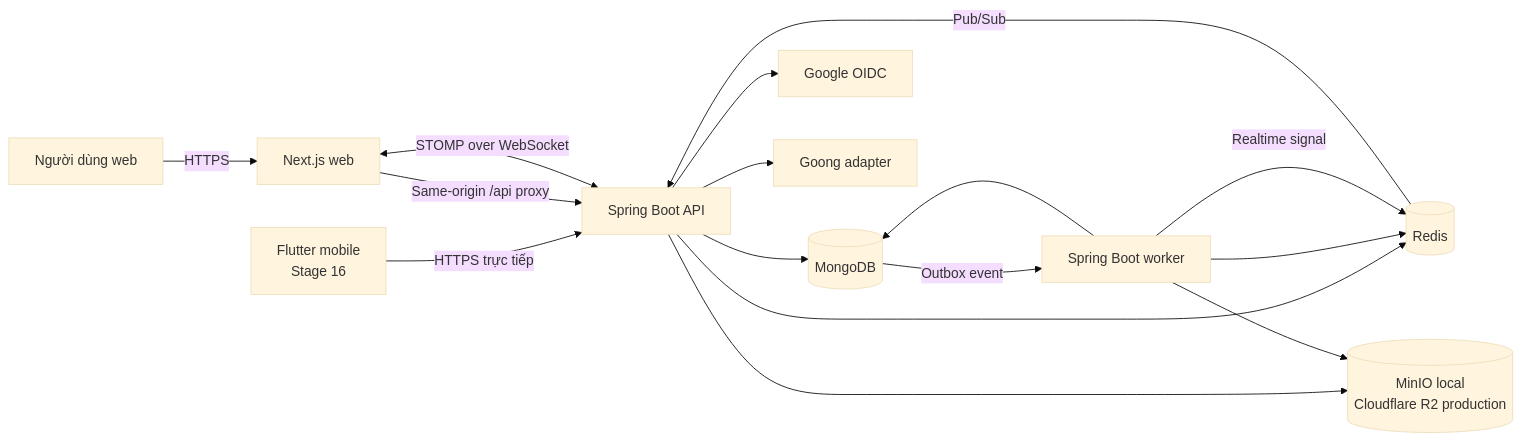
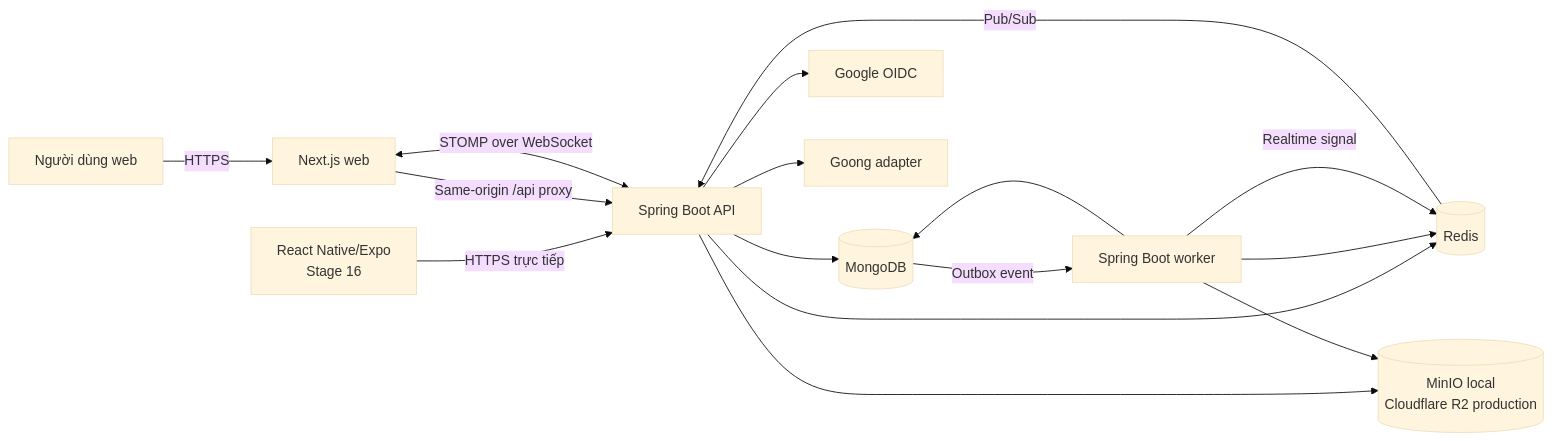
Before and after one commit to hlqkhanh/Dike-v2: the first of 8 diagrams in docs/architecture/system-architecture-overview.md, drawn with Mermaid (base theme). The commit also changed other lines of this file and 45 other files, not shown here.

Commit message:
feat(mobile): implement Stage 16 Expo foundation

````diff
--- a/docs/architecture/system-architecture-overview.md
+++ b/docs/architecture/system-architecture-overview.md
@@ -42,20 +42,20 @@
 ```mermaid
 flowchart LR
   U[Người dùng web] -->|HTTPS| W[Next.js web]
-  M[Flutter mobile<br/>Stage 16] -->|HTTPS trực tiếp| API
+  M[React Native/Expo<br/>Stage 16] -->|HTTPS trực tiếp| API
   W -->|Same-origin /api proxy| API[Spring Boot API]
   W <-->|STOMP over WebSocket| API
 
   API --> MDB[(MongoDB)]
   API --> R[(Redis)]
   API --> OBJ[(MinIO local<br/>Cloudflare R2 production)]
   API --> G[Google OIDC]
   API --> MAP[Goong adapter]
 
   WK[Spring Boot worker] --> MDB
   WK --> R
   WK --> OBJ
   MDB -->|Outbox event| WK
   WK -->|Realtime signal| R
   R -->|Pub/Sub| API
 ```
````
